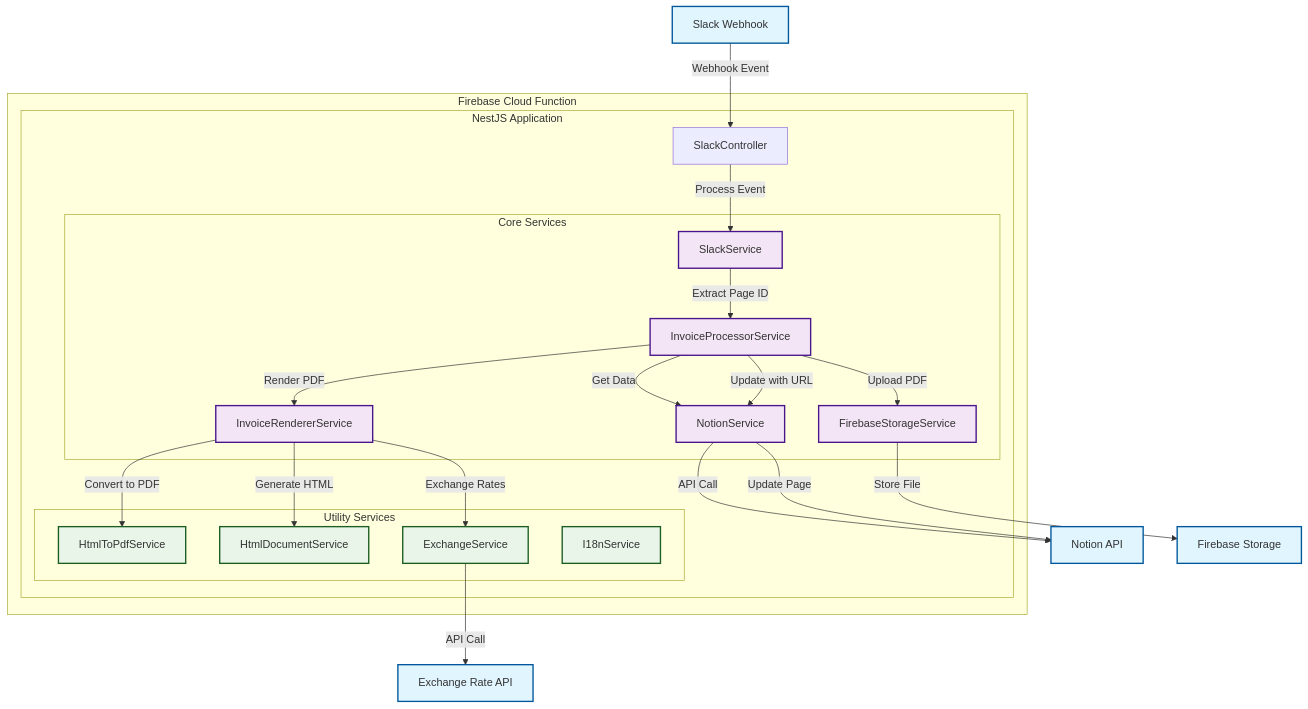
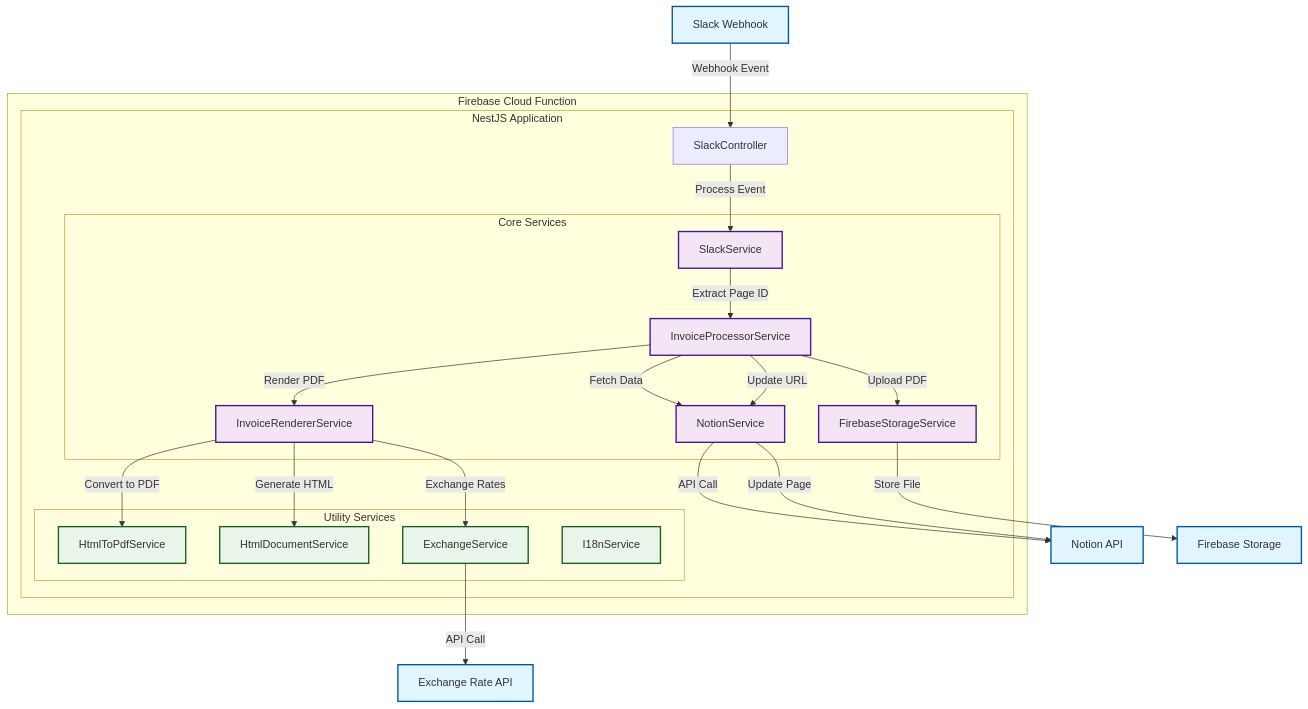
Before and after one commit to mikita-kh/notion-invoicomat: the diagram in README.md, drawn with Mermaid. The commit also changed other lines of this file, not shown here.

````diff
--- a/README.md
+++ b/README.md
@@ -18,55 +63,55 @@
 ```mermaid
 graph TB
     %% External services
     Slack[Slack Webhook]
     Notion[Notion API]
     Firebase[Firebase Storage]
     Exchange[Exchange Rate API]
     
     %% Application layers
     subgraph "Firebase Cloud Function"
         subgraph "NestJS Application"
             Controller[SlackController]
             
             subgraph "Core Services"
                 SlackService[SlackService]
                 InvoiceProcessor[InvoiceProcessorService]
                 NotionService[NotionService]
                 InvoiceRenderer[InvoiceRendererService]
                 FirebaseStorage[FirebaseStorageService]
             end
             
             subgraph "Utility Services"
                 HtmlToPdf[HtmlToPdfService]
                 HtmlDocument[HtmlDocumentService]
                 ExchangeService[ExchangeService]
                 I18nService[I18nService]
             end
         end
     end
     
     %% Data flow
     Slack -->|Webhook Event| Controller
     Controller -->|Process Event| SlackService
     SlackService -->|Extract Page ID| InvoiceProcessor
-    InvoiceProcessor -->|Get Data| NotionService
+    InvoiceProcessor -->|Fetch Data| NotionService
     NotionService -->|API Call| Notion
     InvoiceProcessor -->|Render PDF| InvoiceRenderer
     InvoiceRenderer -->|Exchange Rates| ExchangeService
     ExchangeService -->|API Call| Exchange
     InvoiceRenderer -->|Generate HTML| HtmlDocument
     InvoiceRenderer -->|Convert to PDF| HtmlToPdf
     InvoiceProcessor -->|Upload PDF| FirebaseStorage
     FirebaseStorage -->|Store File| Firebase
-    InvoiceProcessor -->|Update with URL| NotionService
+    InvoiceProcessor -->|Update URL| NotionService
     NotionService -->|Update Page| Notion
     
     %% Styling
     classDef external fill:#e1f5fe,stroke:#01579b,stroke-width:2px
     classDef core fill:#f3e5f5,stroke:#4a148c,stroke-width:2px
     classDef utility fill:#e8f5e8,stroke:#1b5e20,stroke-width:2px
     
     class Slack,Notion,Firebase,Exchange external
     class SlackService,InvoiceProcessor,NotionService,InvoiceRenderer,FirebaseStorage core
     class HtmlToPdf,HtmlDocument,ExchangeService,I18nService utility
 ```
````
